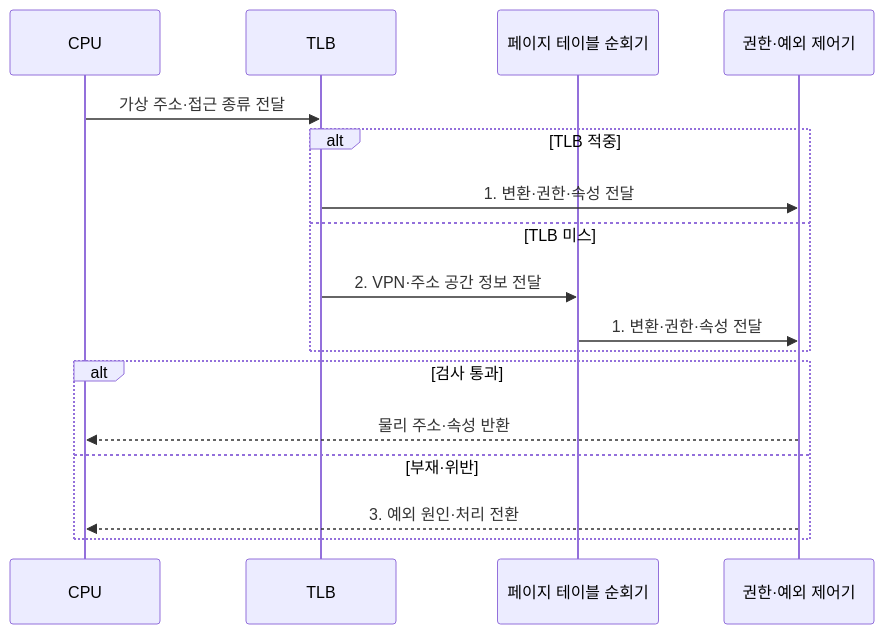
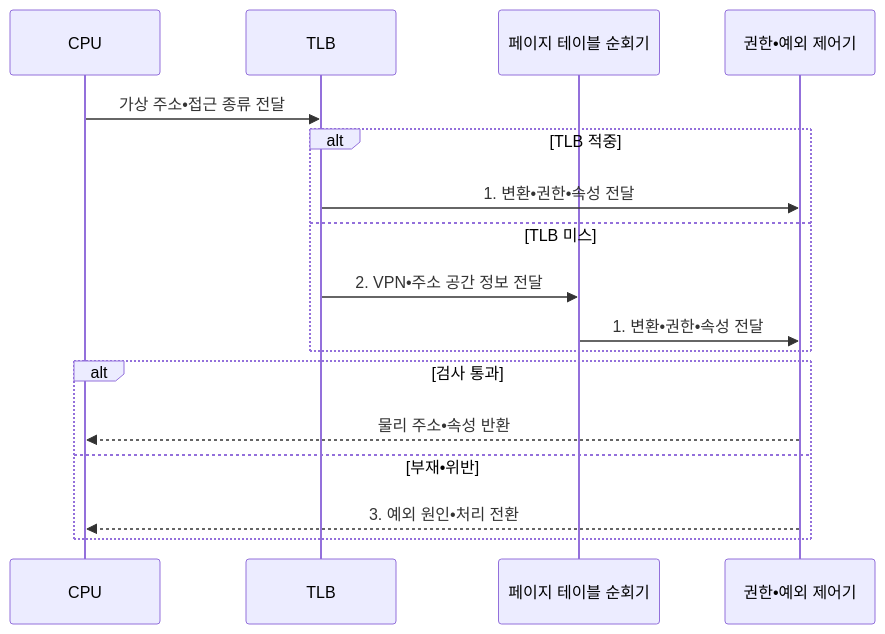
One commit to agnusdei1207/knowledge-base changed the second of 2 diagrams in src/content/docs/notes/02-hardware/020_mmu.md. Above: the diagram before and after it, drawn with Mermaid. The commit also changed other lines of this file and 953 other files, not shown here.

````diff
--- a/src/content/docs/notes/02-hardware/020_mmu.md
+++ b/src/content/docs/notes/02-hardware/020_mmu.md
@@ -100,19 +100,19 @@
 ```mermaid
 sequenceDiagram
     participant C as CPU
     participant T as TLB
     participant W as 페이지 테이블 순회기
-    participant P as 권한·예외 제어기
-    C->>T: 가상 주소·접근 종류 전달
+    participant P as 권한•예외 제어기
+    C->>T: 가상 주소•접근 종류 전달
     alt TLB 적중
-        T->>P: 1. 변환·권한·속성 전달
+        T->>P: 1. 변환•권한•속성 전달
     else TLB 미스
-        T->>W: 2. VPN·주소 공간 정보 전달
-        W->>P: 1. 변환·권한·속성 전달
+        T->>W: 2. VPN•주소 공간 정보 전달
+        W->>P: 1. 변환•권한•속성 전달
     end
     alt 검사 통과
-        P-->>C: 물리 주소·속성 반환
-    else 부재·위반
-        P-->>C: 3. 예외 원인·처리 전환
+        P-->>C: 물리 주소•속성 반환
+    else 부재•위반
+        P-->>C: 3. 예외 원인•처리 전환
     end
 ```
````
